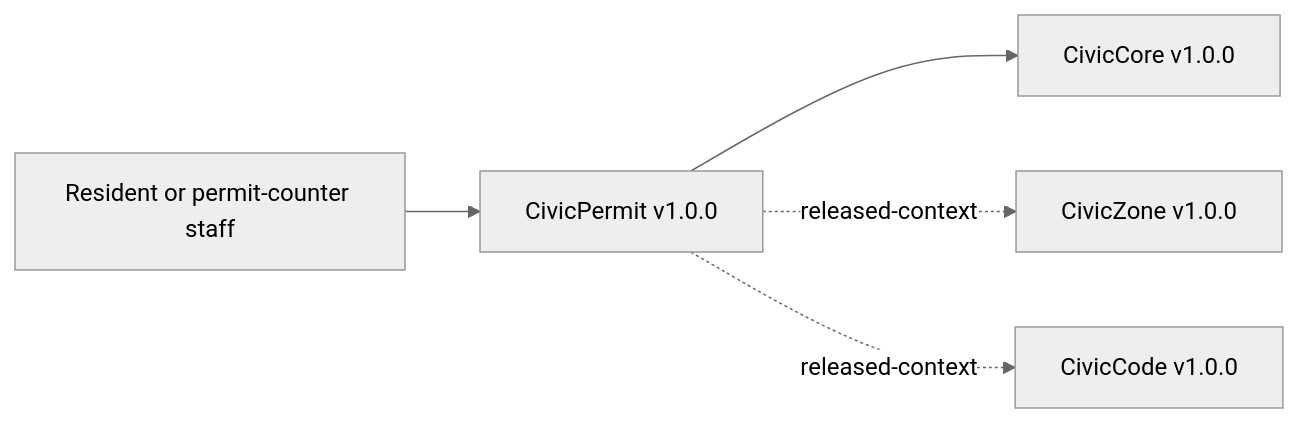
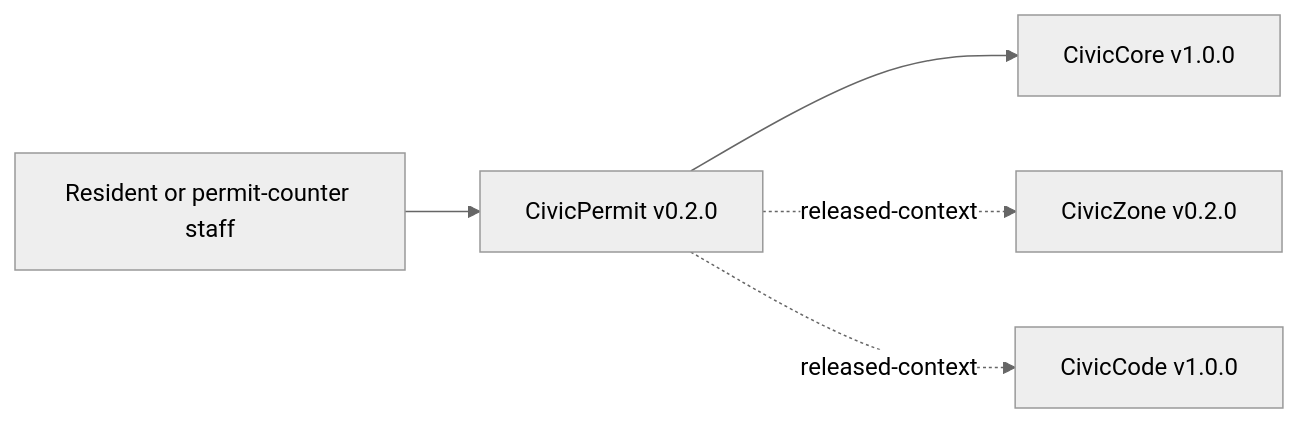
Before and after one commit to CivicSuite/civicpermit: the diagram in USER-MANUAL.md, drawn with Mermaid (neutral theme). The commit also changed other lines of this file and 26 other files, not shown here.

````diff
--- a/USER-MANUAL.md
+++ b/USER-MANUAL.md
@@ -43,7 +43,7 @@
 ```mermaid
 flowchart LR
-  PublicUser["Resident or permit-counter staff"] --> CivicPermit["CivicPermit v1.0.0"]
+  PublicUser["Resident or permit-counter staff"] --> CivicPermit["CivicPermit v0.2.0"]
   CivicPermit --> CivicCore["CivicCore v1.0.0"]
-  CivicPermit -. released-context .-> CivicZone["CivicZone v1.0.0"]
+  CivicPermit -. released-context .-> CivicZone["CivicZone v0.2.0"]
   CivicPermit -. released-context .-> CivicCode["CivicCode v1.0.0"]
 ```
````
